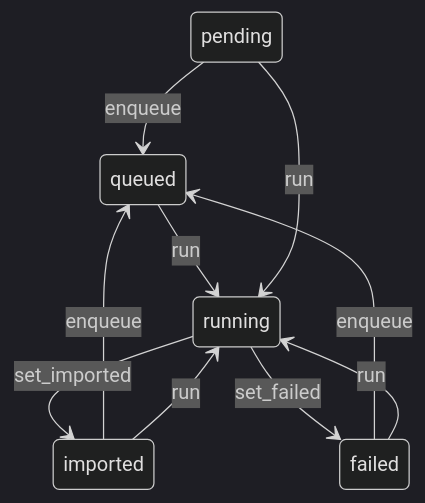
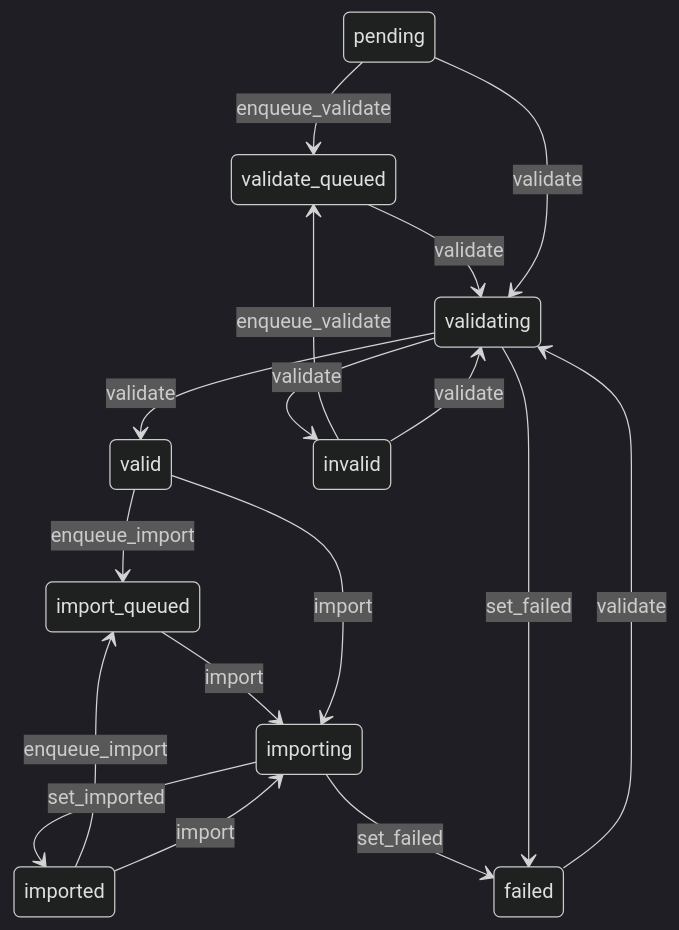
The diagram in lib/data_aggregator/records/import/import-mermaid-flowchart.md (zebbra/data_aggregator), drawn with Mermaid (dark theme) before and after one commit. The commit also changed 96 other files, not shown here.

````diff
--- a/lib/data_aggregator/records/import/import-mermaid-flowchart.md
+++ b/lib/data_aggregator/records/import/import-mermaid-flowchart.md
@@ -1,12 +1,19 @@
 ```mermaid
 stateDiagram-v2
-pending --> queued: enqueue
-queued --> running: run
-running --> imported: set_imported
-imported --> queued: enqueue
-imported --> running: run
-running --> failed: set_failed
-failed --> queued: enqueue
-failed --> running: run
-pending --> running: run
+pending --> validate_queued: enqueue_validate
+validate_queued --> validating: validate
+validating --> valid: validate
+valid --> import_queued: enqueue_import
+import_queued --> importing: import
+importing --> imported: set_imported
+imported --> import_queued: enqueue_import
+imported --> importing: import
+importing --> failed: set_failed
+failed --> validating: validate
+valid --> importing: import
+validating --> invalid: validate
+invalid --> validate_queued: enqueue_validate
+invalid --> validating: validate
+validating --> failed: set_failed
+pending --> validating: validate
 ```
````
